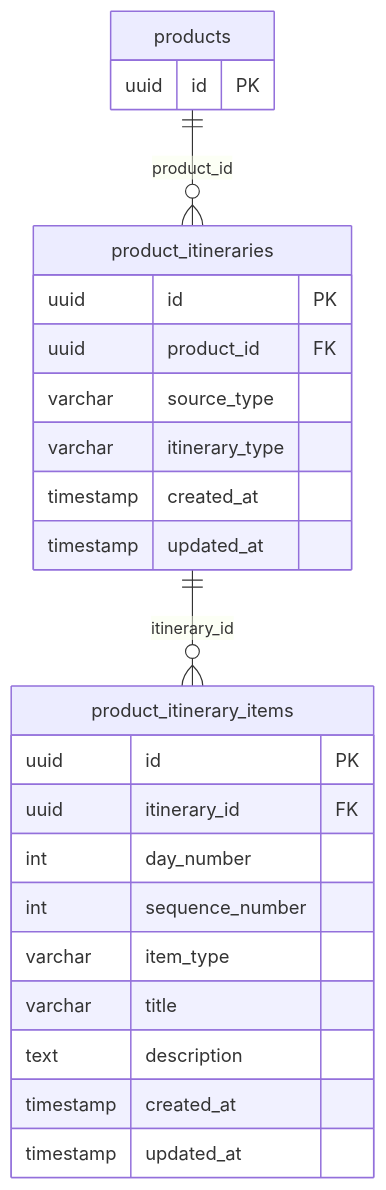
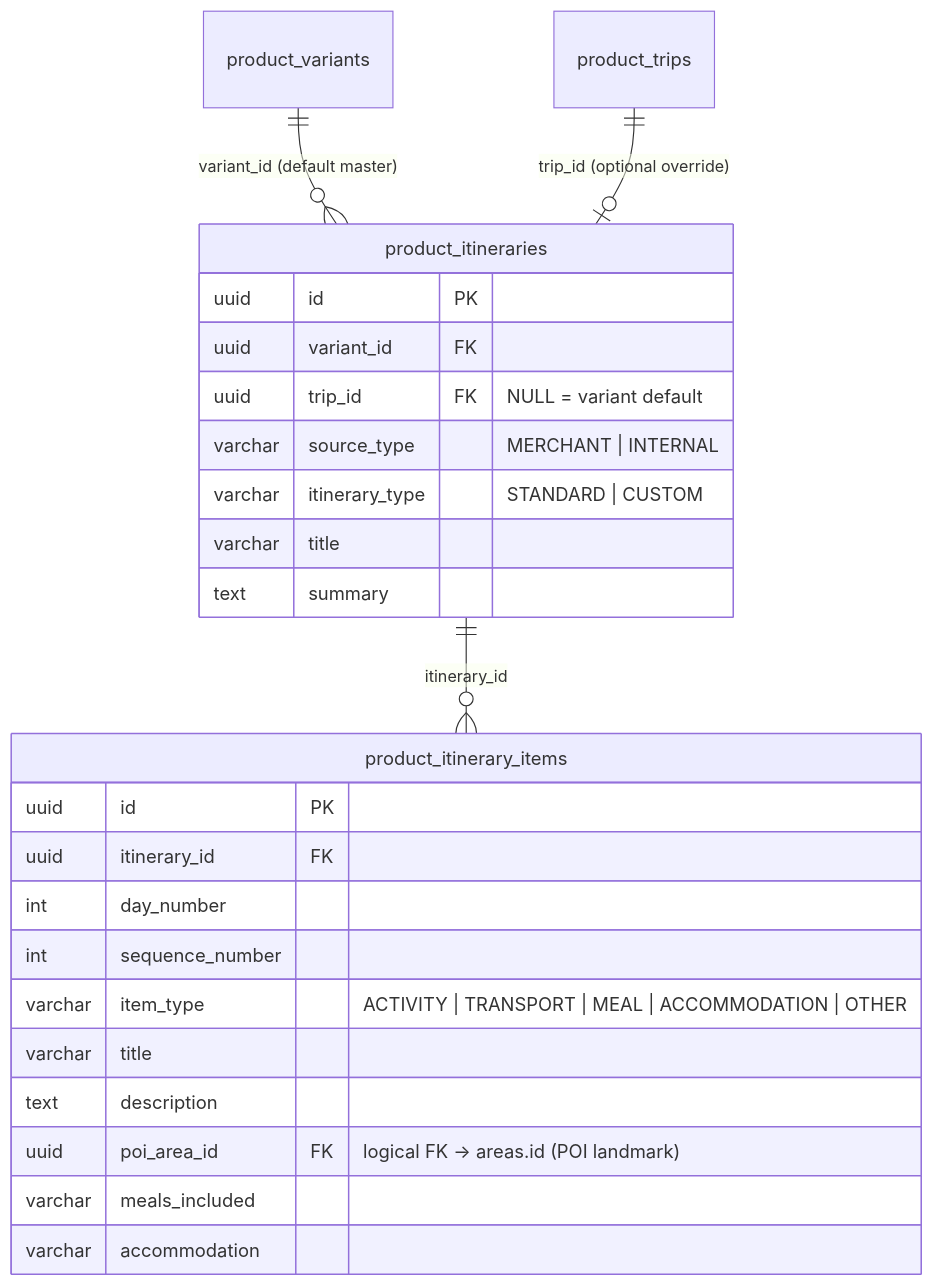
One commit to Haris-saifudin/hobiholidays-documentations changed the fourth of 8 diagrams in technical/product-technical-design.md. Above: the diagram before and after it, drawn with Mermaid. The commit also changed other lines of this file and 7 other files, not shown here.

First line of the commit message:
docs(product): introduce 2-tier categories, variant itinerary fallback, itemized pricing, and badges

````diff
--- a/technical/product-technical-design.md
+++ b/technical/product-technical-design.md
@@ -577,30 +727,29 @@
 ```mermaid
 erDiagram
-    products {
-        uuid id PK
-    }
+    product_variants    ||--o{ product_itineraries     : "variant_id (default master)"
+    product_trips       ||--o| product_itineraries     : "trip_id (optional override)"
+    product_itineraries ||--o{ product_itinerary_items : "itinerary_id"
 
     product_itineraries {
         uuid      id             PK
-        uuid      product_id     FK
-        varchar   source_type
-        varchar   itinerary_type
-        timestamp created_at
-        timestamp updated_at
+        uuid      variant_id     FK
+        uuid      trip_id        FK "NULL = variant default"
+        varchar   source_type    "MERCHANT | INTERNAL"
+        varchar   itinerary_type "STANDARD | CUSTOM"
+        varchar   title
+        text      summary
     }
 
     product_itinerary_items {
         uuid      id              PK
         uuid      itinerary_id    FK
         int       day_number
         int       sequence_number
-        varchar   item_type
+        varchar   item_type       "ACTIVITY | TRANSPORT | MEAL | ACCOMMODATION | OTHER"
         varchar   title
         text      description
-        timestamp created_at
-        timestamp updated_at
+        uuid      poi_area_id     FK "logical FK → areas.id (POI landmark)"
+        varchar   meals_included
+        varchar   accommodation
     }
-
-    products             ||--o{ product_itineraries     : "product_id"
-    product_itineraries  ||--o{ product_itinerary_items : "itinerary_id"
 ```
````
